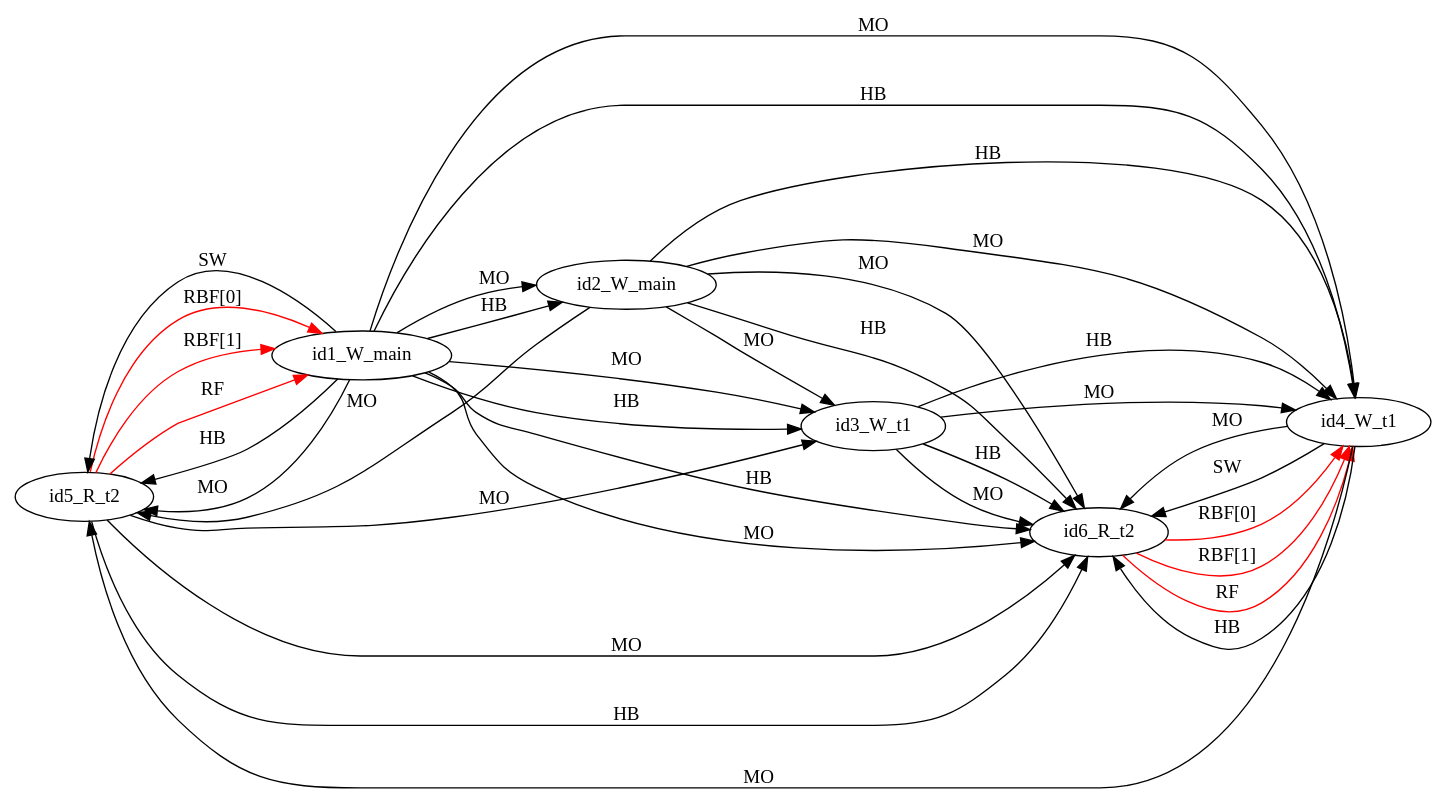
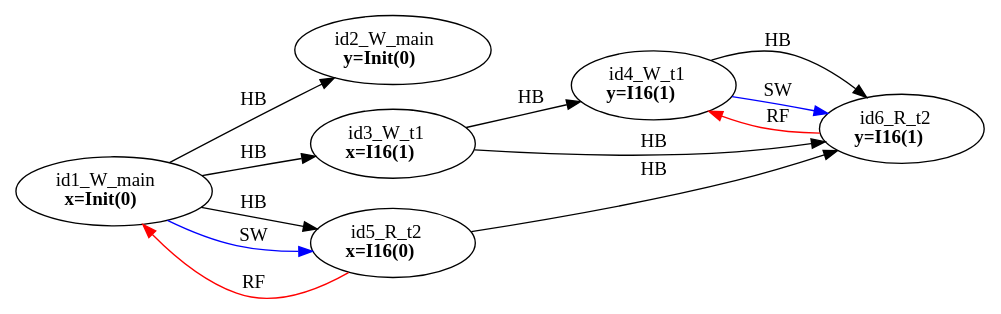
One commit to FMJS/EMME changed the diagram in examples/double_vars/dv_simple01/mm3.dot. Above: the diagram before and after it, drawn with Graphviz. The commit also changed 528 other files, not shown here.

```diff
--- a/examples/double_vars/dv_simple01/mm3.dot
+++ b/examples/double_vars/dv_simple01/mm3.dot
@@ -1,37 +1,21 @@
 digraph memory_model {
 rankdir=LR;
-id5_R_t2 -> id1_W_main [label = "RBF[0]", color="red"];
-id5_R_t2 -> id1_W_main [label = "RBF[1]", color="red"];
-id6_R_t2 -> id4_W_t1 [label = "RBF[0]", color="red"];
-id6_R_t2 -> id4_W_t1 [label = "RBF[1]", color="red"];
-id5_R_t2 -> id1_W_main [label = "RF", color="red"];
-id6_R_t2 -> id4_W_t1 [label = "RF", color="red"];
+splines=true; esep=0.5;
 id1_W_main -> id2_W_main [label = "HB", color="black"];
 id3_W_t1 -> id4_W_t1 [label = "HB", color="black"];
 id5_R_t2 -> id6_R_t2 [label = "HB", color="black"];
 id1_W_main -> id3_W_t1 [label = "HB", color="black"];
-id1_W_main -> id4_W_t1 [label = "HB", color="black"];
 id1_W_main -> id5_R_t2 [label = "HB", color="black"];
-id1_W_main -> id6_R_t2 [label = "HB", color="black"];
-id2_W_main -> id4_W_t1 [label = "HB", color="black"];
-id2_W_main -> id6_R_t2 [label = "HB", color="black"];
 id3_W_t1 -> id6_R_t2 [label = "HB", color="black"];
 id4_W_t1 -> id6_R_t2 [label = "HB", color="black"];
-id1_W_main -> id2_W_main [label = "MO", color="black"];
-id3_W_t1 -> id4_W_t1 [label = "MO", color="black"];
-id5_R_t2 -> id6_R_t2 [label = "MO", color="black"];
-id1_W_main -> id3_W_t1 [label = "MO", color="black"];
-id1_W_main -> id4_W_t1 [label = "MO", color="black"];
-id1_W_main -> id5_R_t2 [label = "MO", color="black"];
-id1_W_main -> id6_R_t2 [label = "MO", color="black"];
-id2_W_main -> id3_W_t1 [label = "MO", color="black"];
-id2_W_main -> id4_W_t1 [label = "MO", color="black"];
-id2_W_main -> id5_R_t2 [label = "MO", color="black"];
-id2_W_main -> id6_R_t2 [label = "MO", color="black"];
-id3_W_t1 -> id6_R_t2 [label = "MO", color="black"];
-id4_W_t1 -> id5_R_t2 [label = "MO", color="black"];
-id4_W_t1 -> id6_R_t2 [label = "MO", color="black"];
-id5_R_t2 -> id3_W_t1 [label = "MO", color="black"];
-id1_W_main -> id5_R_t2 [label = "SW", color="black"];
-id4_W_t1 -> id6_R_t2 [label = "SW", color="black"];
+id5_R_t2 -> id1_W_main [label = "RF", color="red"];
+id6_R_t2 -> id4_W_t1 [label = "RF", color="red"];
+id1_W_main -> id5_R_t2 [label = "SW", color="blue"];
+id4_W_t1 -> id6_R_t2 [label = "SW", color="blue"];
+id1_W_main [label=<id1_W_main<br/><B>x=Init(0)</B>>, pos="2.5,4!"]
+id2_W_main [label=<id2_W_main<br/><B>y=Init(0)</B>>, pos="2.5,2!"]
+id3_W_t1 [label=<id3_W_t1<br/><B>x=I16(1)</B>>, pos="0,0!"]
+id4_W_t1 [label=<id4_W_t1<br/><B>y=I16(1)</B>>, pos="0,-2!"]
+id5_R_t2 [label=<id5_R_t2<br/><B>x=I16(0)</B>>, pos="5,0!"]
+id6_R_t2 [label=<id6_R_t2<br/><B>y=I16(1)</B>>, pos="5,-2!"]
 }
```
